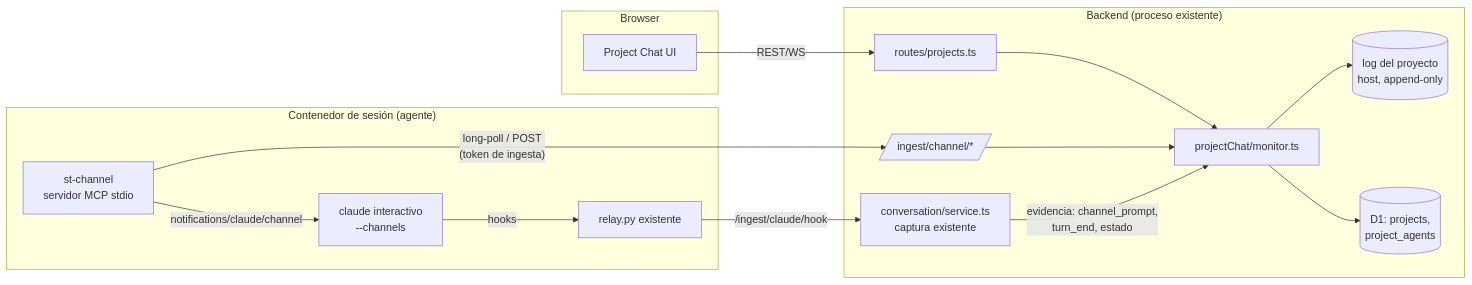
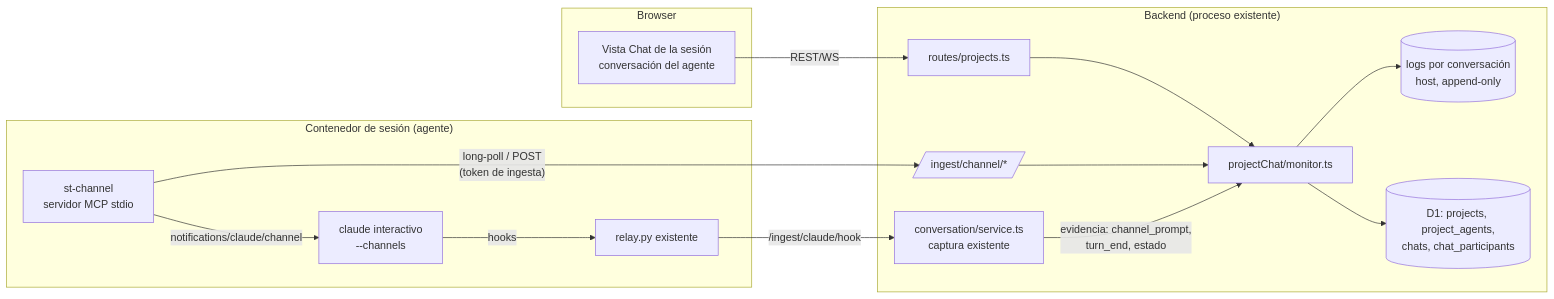
One commit to gatof81/shared-terminal changed the first of 3 diagrams in docs/design/project-chat/02-architecture-rfc.md. Above: the diagram before and after it, drawn with Mermaid. The commit also changed other lines of this file and 6 other files, not shown here.

````diff
--- a/docs/design/project-chat/02-architecture-rfc.md
+++ b/docs/design/project-chat/02-architecture-rfc.md
@@ -135,26 +142,26 @@
 ```mermaid
 flowchart LR
   subgraph Browser
-    UI[Project Chat UI]
+    UI[Vista Chat de la sesión\nconversación del agente]
   end
   subgraph Backend["Backend (proceso existente)"]
     API[routes/projects.ts]
     MON[projectChat/monitor.ts]
-    LOG[(log del proyecto\nhost, append-only)]
-    D1[(D1: projects,\nproject_agents)]
+    LOG[(logs por conversación\nhost, append-only)]
+    D1[(D1: projects, project_agents,\nchats, chat_participants)]
     CAP[conversation/service.ts\ncaptura existente]
     CHI[/ingest/channel/*/]
   end
   subgraph Container["Contenedor de sesión (agente)"]
     CLI[claude interactivo\n--channels]
     STC[st-channel\nservidor MCP stdio]
     RELAY[relay.py existente]
   end
   UI -- REST/WS --> API --> MON
   MON --> LOG
   MON --> D1
   STC -- long-poll / POST\n(token de ingesta) --> CHI --> MON
   STC -- notifications/claude/channel --> CLI
   CLI -- hooks --> RELAY -- /ingest/claude/hook --> CAP
   CAP -- evidencia: channel_prompt,\nturn_end, estado --> MON
 ```
````
